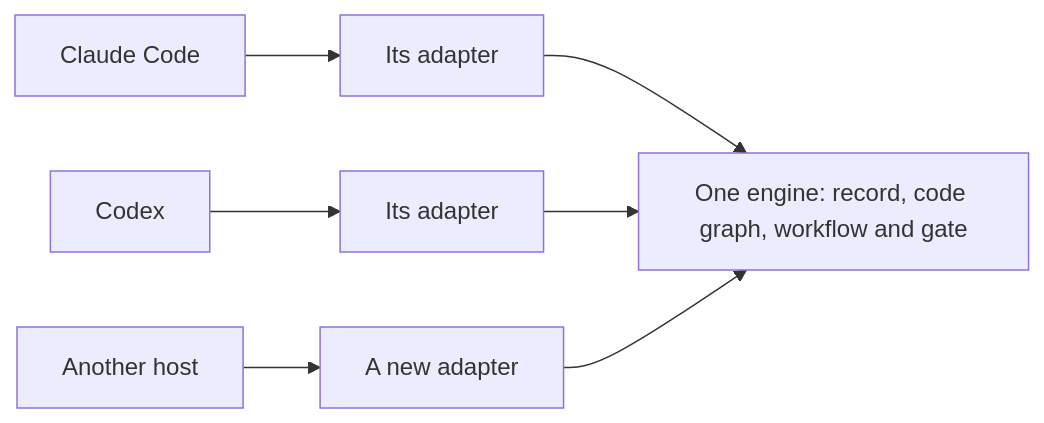
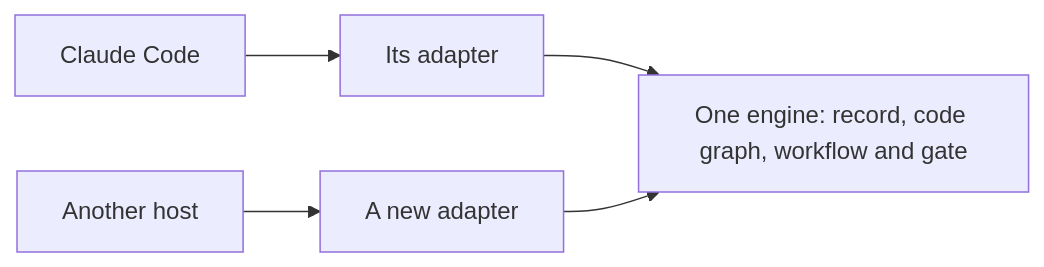
Before and after one commit to trustmybot/tmb: the first of 2 diagrams in docs/architecture/PHILOSOPHY.md, drawn with Mermaid. The commit also changed 6 other files, not shown here.

````diff
--- a/docs/architecture/PHILOSOPHY.md
+++ b/docs/architecture/PHILOSOPHY.md
@@ -55,9 +55,7 @@
 ```mermaid
 flowchart LR
     H1["Claude Code"] --> A1["Its adapter"]
-    H2["Codex"] --> A2["Its adapter"]
     H3["Another host"] --> A3["A new adapter"]
     A1 --> E["One engine: record, code graph, workflow and gate"]
-    A2 --> E
     A3 --> E
 ```
````
